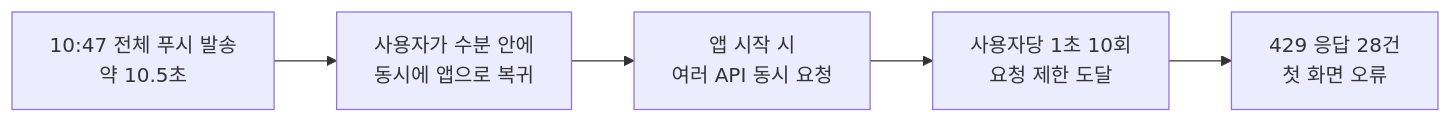
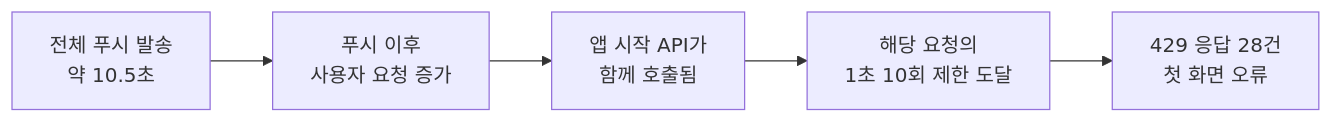
The diagram in public/mds/katsu-map/ts-1-push429.md (Jinacker/PortFolio), drawn with Mermaid before and after one commit. The commit also changed other lines of this file and 1 other file, not shown here.

````diff
--- a/public/mds/katsu-map/ts-1-push429.md
+++ b/public/mds/katsu-map/ts-1-push429.md
@@ -20,7 +26,7 @@
 ```mermaid
 flowchart LR
-    P["10:47 전체 푸시 발송<br/>약 10.5초"] --> U["사용자가 수분 안에<br/>동시에 앱으로 복귀"]
-    U --> A["앱 시작 시<br/>여러 API 동시 요청"]
-    A --> L["사용자당 1초 10회<br/>요청 제한 도달"]
-    L --> E["429 응답 28건<br/>첫 화면 오류"]
+    Push["전체 푸시 발송<br/>약 10.5초"] --> Increase["푸시 이후<br/>사용자 요청 증가"]
+    Increase --> Requests["앱 시작 API가<br/>함께 호출됨"]
+    Requests --> Limit["해당 요청의<br/>1초 10회 제한 도달"]
+    Limit --> Error["429 응답 28건<br/>첫 화면 오류"]
 ```
````
